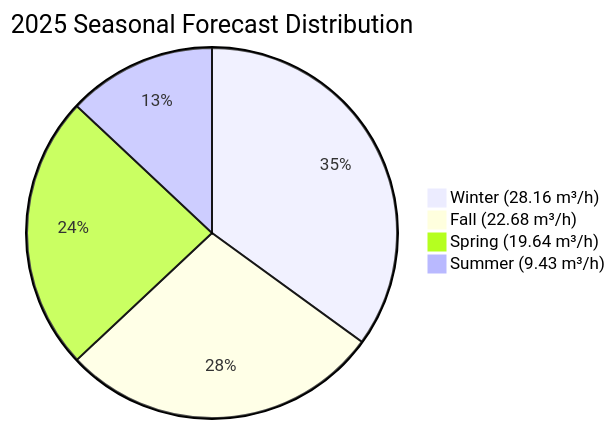
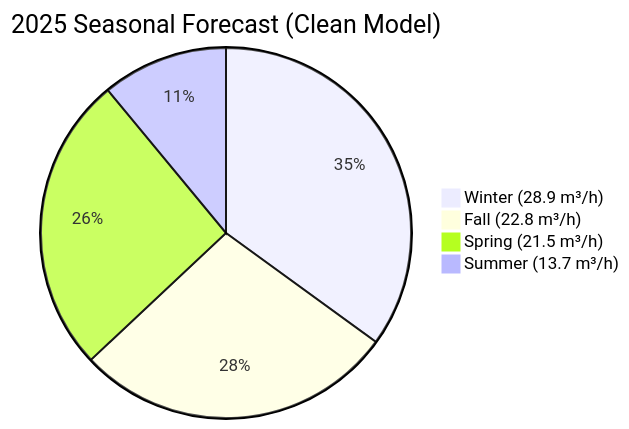
One commit to GameHelix/centipede changed the seventh of 13 diagrams in README.md. Above: the diagram before and after it, drawn with Mermaid. The commit also changed other lines of this file, not shown here.

````diff
--- a/README.md
+++ b/README.md
@@ -223,7 +228,7 @@
 ```mermaid
-pie title 2025 Seasonal Forecast Distribution
-    "Winter (28.16 m³/h)" : 35
-    "Fall (22.68 m³/h)" : 28  
-    "Spring (19.64 m³/h)" : 24
-    "Summer (9.43 m³/h)" : 13
+pie title 2025 Seasonal Forecast (Clean Model)
+    "Winter (28.9 m³/h)" : 35
+    "Fall (22.8 m³/h)" : 28  
+    "Spring (21.5 m³/h)" : 26
+    "Summer (13.7 m³/h)" : 11
 ```
````
